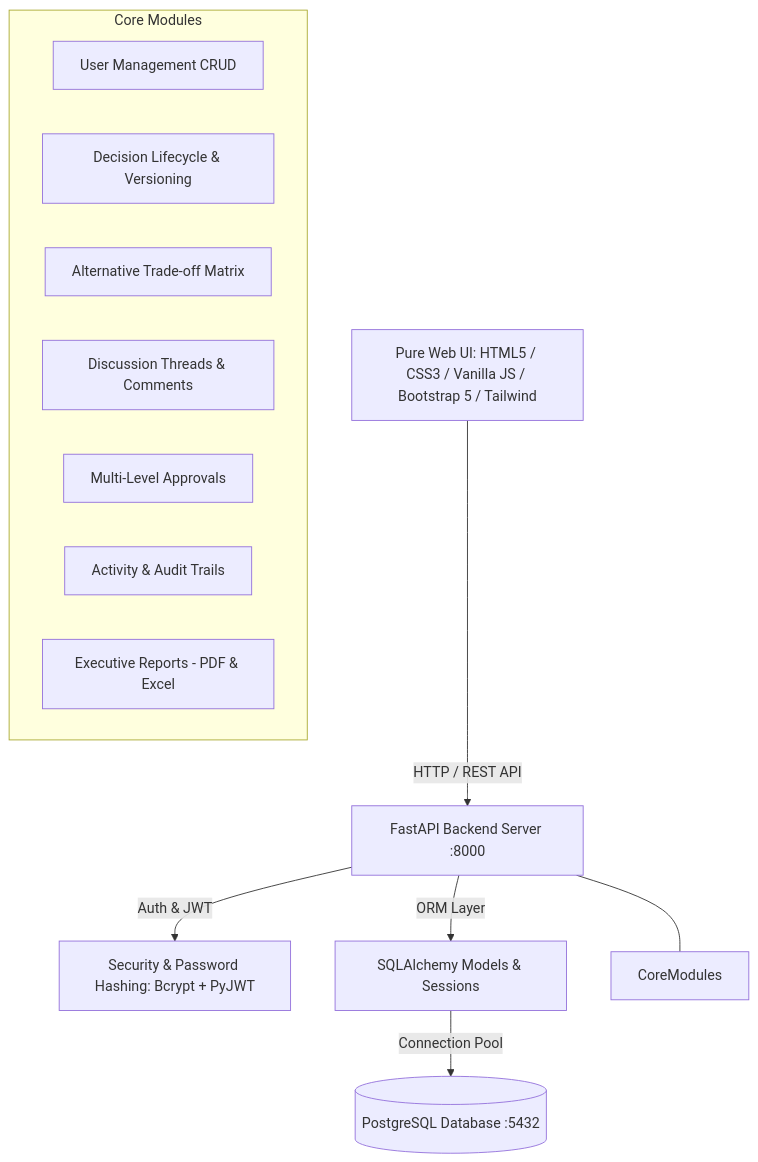
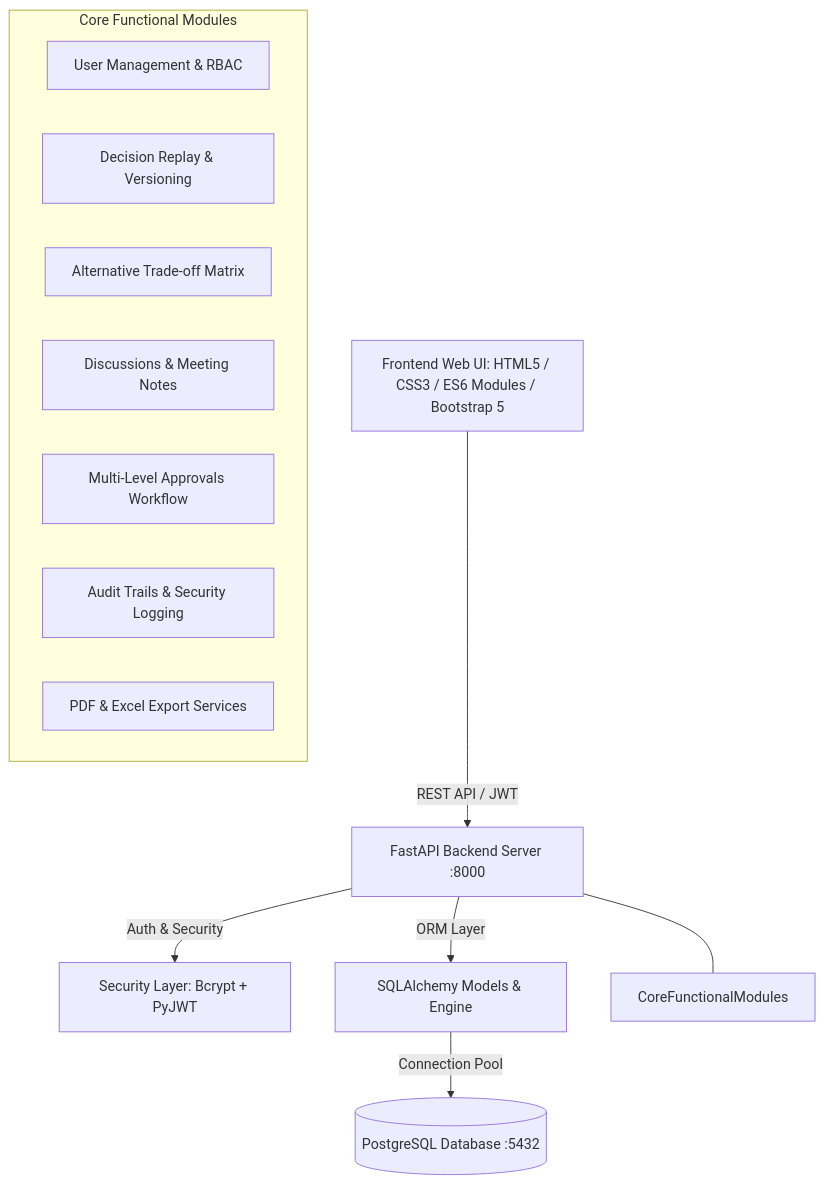
One commit to DHANYASREE-KG/Expert-Decision-Replay-Platform changed the first of 2 diagrams in README.md. Above: the diagram before and after it, drawn with Mermaid. The commit also changed other lines of this file and 4 other files, not shown here.

````diff
--- a/README.md
+++ b/README.md
@@ -26,18 +42,18 @@
 ```mermaid
 graph TD
-    UI[Pure Web UI: HTML5 / CSS3 / Vanilla JS / Bootstrap 5 / Tailwind] -->|HTTP / REST API| API[FastAPI Backend Server :8000]
-    API -->|Auth & JWT| Security[Security & Password Hashing: Bcrypt + PyJWT]
-    API -->|ORM Layer| SQLAlchemy[SQLAlchemy Models & Sessions]
+    UI[Frontend Web UI: HTML5 / CSS3 / ES6 Modules / Bootstrap 5] -->|REST API / JWT| API[FastAPI Backend Server :8000]
+    API -->|Auth & Security| Security[Security Layer: Bcrypt + PyJWT]
+    API -->|ORM Layer| SQLAlchemy[SQLAlchemy Models & Engine]
     SQLAlchemy -->|Connection Pool| DB[(PostgreSQL Database :5432)]
     
-    subgraph Core Modules
-        UM[User Management CRUD]
-        DM[Decision Lifecycle & Versioning]
+    subgraph Core Functional Modules
+        UM[User Management & RBAC]
+        DM[Decision Replay & Versioning]
         AA[Alternative Trade-off Matrix]
-        DT[Discussion Threads & Comments]
-        AP[Multi-Level Approvals]
-        AL[Activity & Audit Trails]
-        RP[Executive Reports - PDF & Excel]
+        DT[Discussions & Meeting Notes]
+        AP[Multi-Level Approvals Workflow]
+        AL[Audit Trails & Security Logging]
+        RP[PDF & Excel Export Services]
     end
-    API --- CoreModules
+    API --- CoreFunctionalModules
 ```
````
